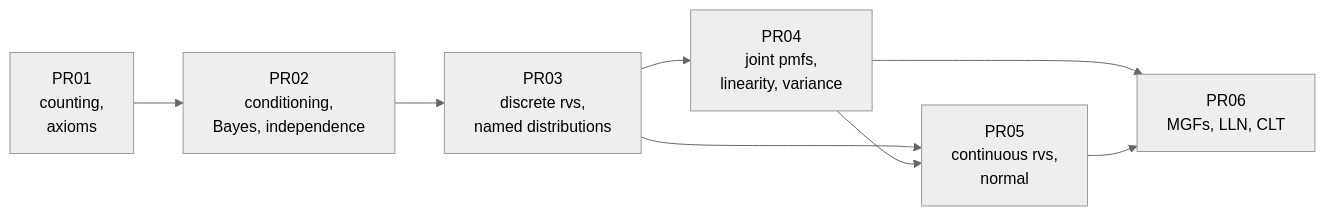
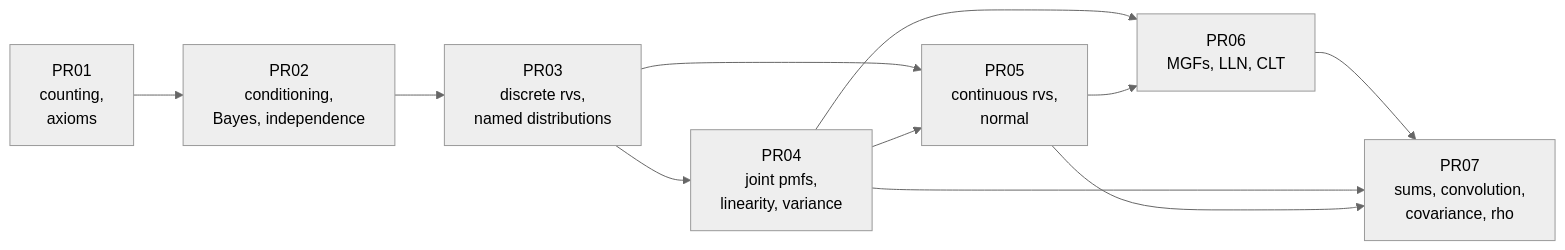
One commit to etswastik712/notes changed the diagram in 08-Probability/Probability - Course Map.md. Above: the diagram before and after it, drawn with Mermaid (neutral theme). The commit also changed other lines of this file and 84 other files, not shown here.

````diff
--- a/08-Probability/Probability - Course Map.md
+++ b/08-Probability/Probability - Course Map.md
@@ -27,10 +28,13 @@
 ```mermaid
 flowchart LR
   A["PR01<br/>counting,<br/>axioms"] --> B["PR02<br/>conditioning,<br/>Bayes, independence"]
   B --> C["PR03<br/>discrete rvs,<br/>named distributions"]
   C --> D["PR04<br/>joint pmfs,<br/>linearity, variance"]
   C --> E["PR05<br/>continuous rvs,<br/>normal"]
   D --> E
   D --> F["PR06<br/>MGFs, LLN, CLT"]
   E --> F
+  F --> G["PR07<br/>sums, convolution,<br/>covariance, rho"]
+  D --> G
+  E --> G
 ```
````
